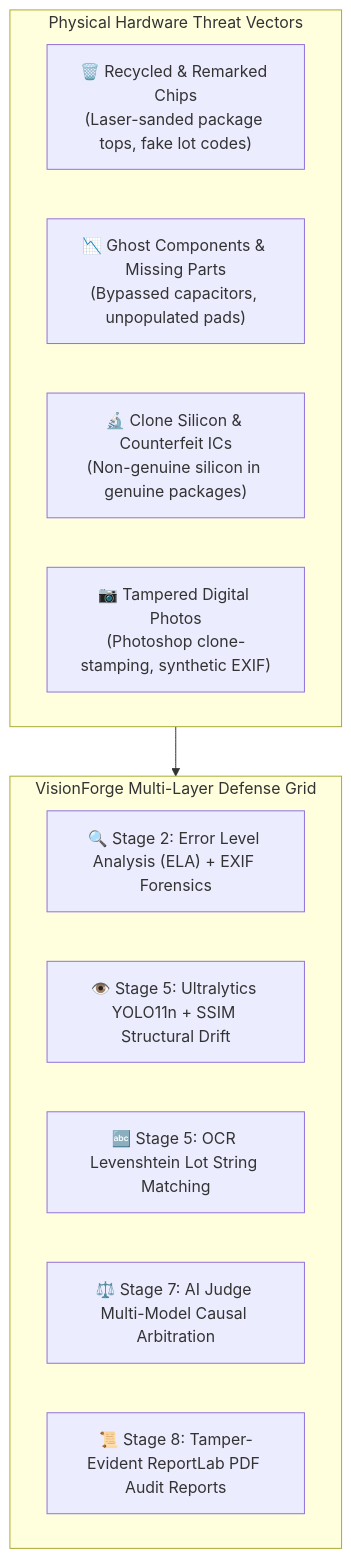
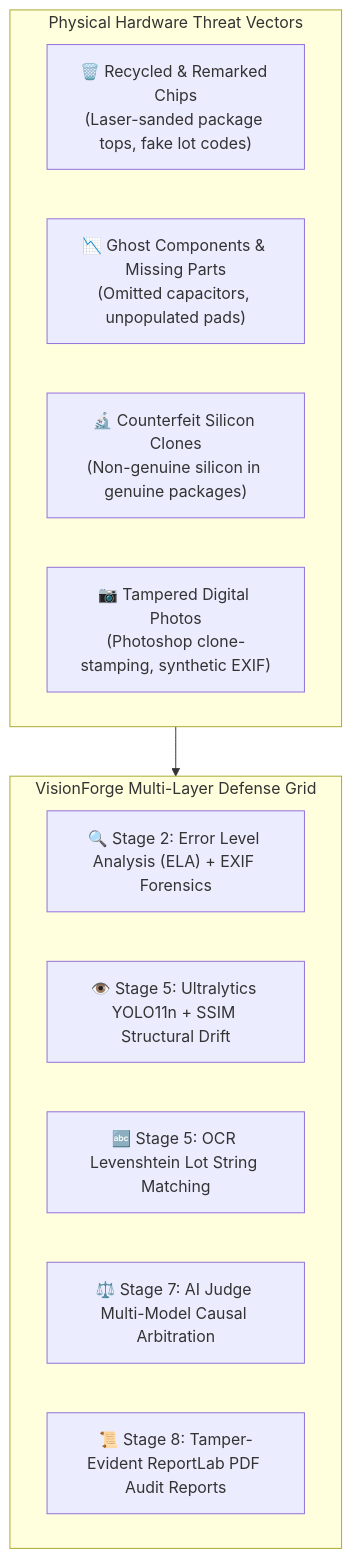
One commit to Disha-1610/VisionForge changed the first of 2 diagrams in docs/SECURITY.md. Above: the diagram before and after it, drawn with Mermaid. The commit also changed other lines of this file and 12 other files, not shown here.

Commit message:
docs: upgrade full documentation suite with technical depth, story arcs, engineering decisions, and Mermaid diagrams

````diff
--- a/docs/SECURITY.md
+++ b/docs/SECURITY.md
@@ -30,19 +31,19 @@
 ```mermaid
 flowchart TD
     subgraph PhysicalThreats["Physical Hardware Threat Vectors"]
         T1["🗑️ Recycled & Remarked Chips<br/>(Laser-sanded package tops, fake lot codes)"]
-        T2["📉 Ghost Components & Missing Parts<br/>(Bypassed capacitors, unpopulated pads)"]
-        T3["🔬 Clone Silicon & Counterfeit ICs<br/>(Non-genuine silicon in genuine packages)"]
+        T2["📉 Ghost Components & Missing Parts<br/>(Omitted capacitors, unpopulated pads)"]
+        T3["🔬 Counterfeit Silicon Clones<br/>(Non-genuine silicon in genuine packages)"]
         T4["📷 Tampered Digital Photos<br/>(Photoshop clone-stamping, synthetic EXIF)"]
     end
 
     subgraph DefenseGrid["VisionForge Multi-Layer Defense Grid"]
         D1["🔍 Stage 2: Error Level Analysis (ELA) + EXIF Forensics"]
         D2["👁️ Stage 5: Ultralytics YOLO11n + SSIM Structural Drift"]
         D3["🔤 Stage 5: OCR Levenshtein Lot String Matching"]
         D4["⚖️ Stage 7: AI Judge Multi-Model Causal Arbitration"]
         D5["📜 Stage 8: Tamper-Evident ReportLab PDF Audit Reports"]
     end
 
     PhysicalThreats --> DefenseGrid
 ```
````
